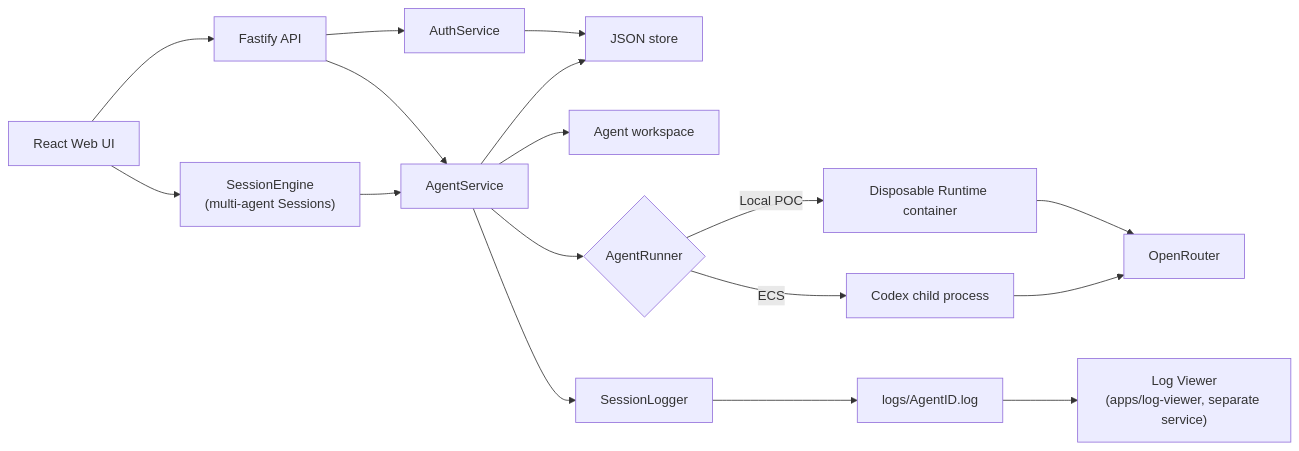
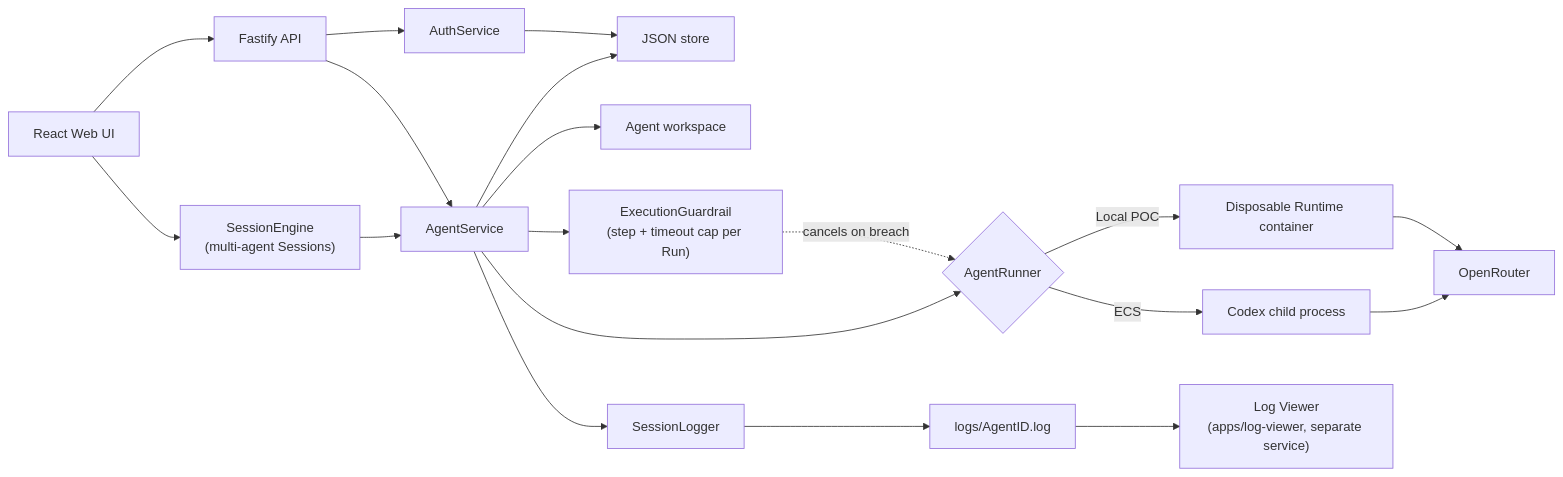
One commit to Git-Push-and-Prey/TikTok-TechJam-2026 changed the diagram in docs/ARCHITECTURE.md. Above: the diagram before and after it, drawn with Mermaid. The commit also changed other lines of this file and 5 other files, not shown here.

First line of the commit message:
Fix execution-guardrail API bug and update stale docs

````diff
--- a/docs/ARCHITECTURE.md
+++ b/docs/ARCHITECTURE.md
@@ -5,19 +5,21 @@
 ```mermaid
 flowchart LR
     UI["React Web UI"] --> API["Fastify API"]
     API --> Auth["AuthService"]
     API --> Service["AgentService"]
     Auth --> Store["JSON store"]
     Service --> Store
     Service --> Workspace["Agent workspace"]
+    Service --> Guardrail["ExecutionGuardrail\n(step + timeout cap per Run)"]
+    Guardrail -.->|cancels on breach| Runner
     Service --> Runner{"AgentRunner"}
     Runner -->|Local POC| Container["Disposable Runtime container"]
     Runner -->|ECS| Process["Codex child process"]
     Container --> OpenRouter["OpenRouter"]
     Process --> OpenRouter
     Service --> SessionLogger["SessionLogger"]
     SessionLogger --> Logs["logs/AgentID.log"]
     Logs --> LogViewer["Log Viewer\n(apps/log-viewer, separate service)"]
     SessionEngine["SessionEngine\n(multi-agent Sessions)"] --> Service
     UI --> SessionEngine
 ```
````
